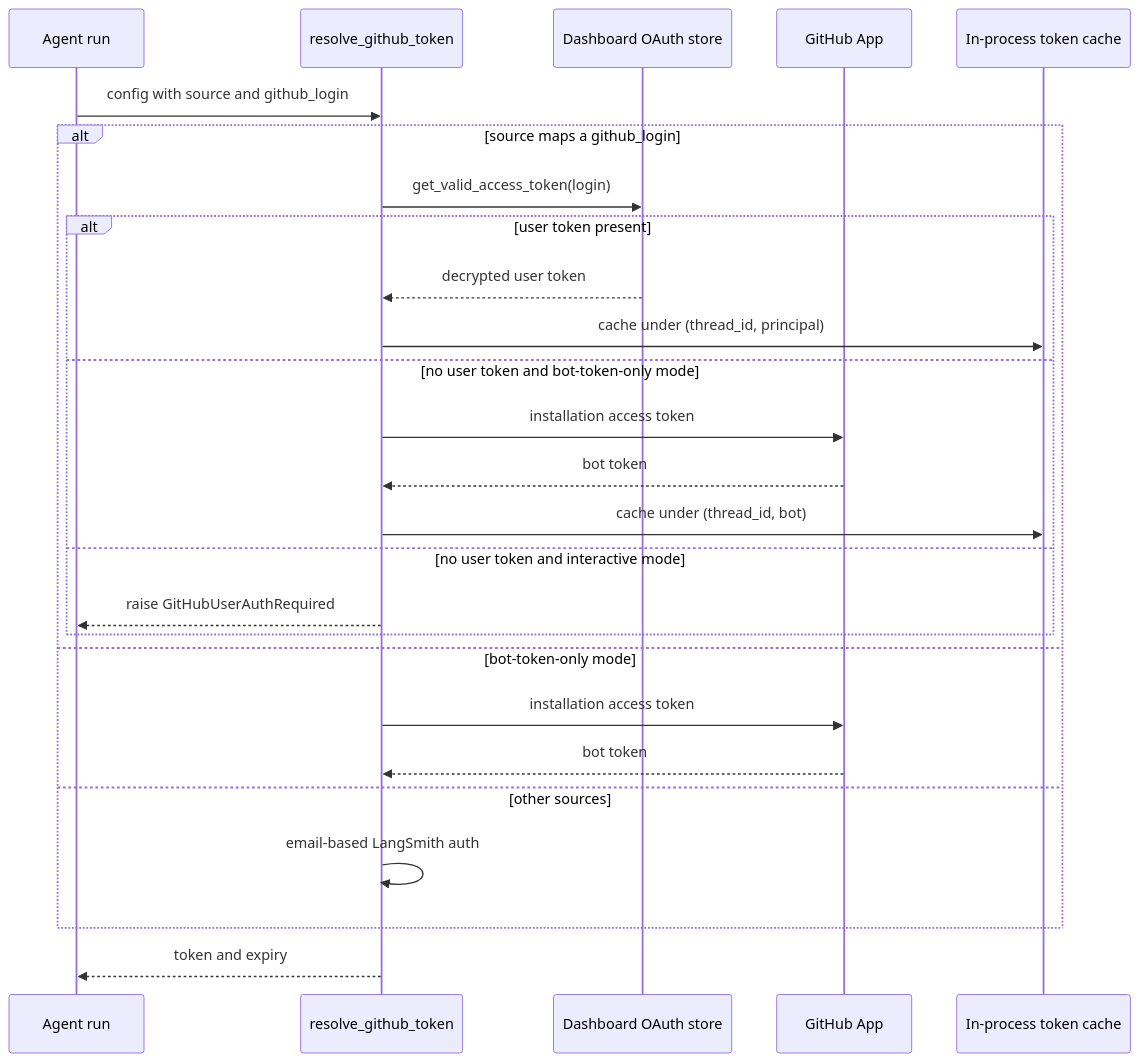
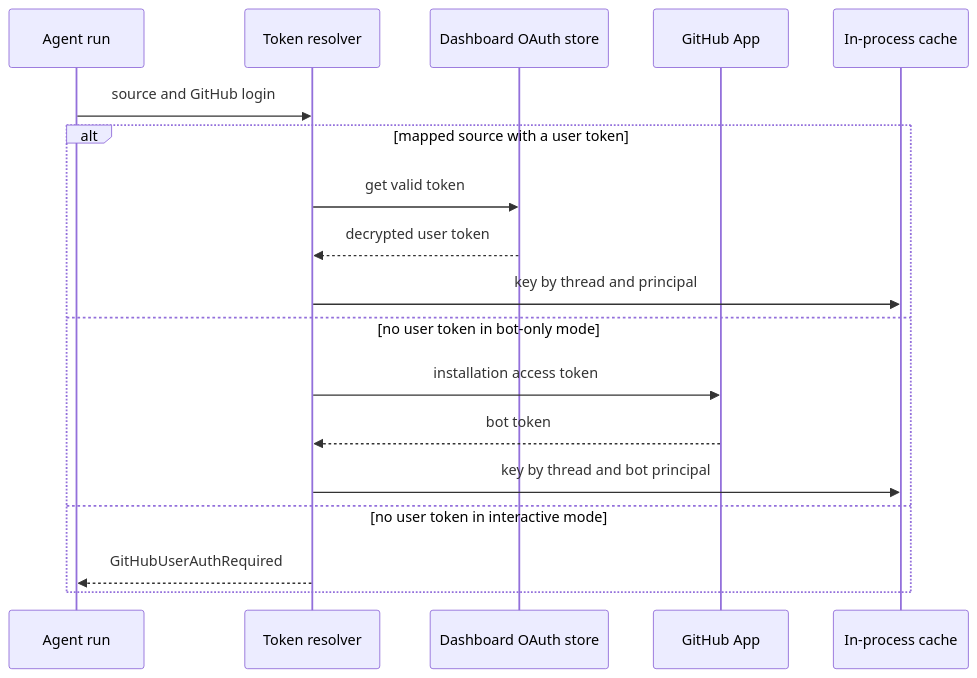
One commit to langchain-ai/open-swe changed the first of 2 diagrams in openwiki/concepts/auth-and-security.md. Above: the diagram before and after it, drawn with Mermaid. The commit also changed other lines of this file and 21 other files, not shown here.

````diff
--- a/openwiki/concepts/auth-and-security.md
+++ b/openwiki/concepts/auth-and-security.md
@@ -97,29 +81,21 @@
 ```mermaid
 sequenceDiagram
     participant Run as Agent run
-    participant Resolver as resolve_github_token
+    participant Resolver as Token resolver
     participant Store as Dashboard OAuth store
     participant App as GitHub App
-    participant Cache as In-process token cache
+    participant Cache as In-process cache
 
-    Run->>Resolver: config with source and github_login
-    alt source maps a github_login
-        Resolver->>Store: get_valid_access_token(login)
-        alt user token present
-            Store-->>Resolver: decrypted user token
-            Resolver->>Cache: cache under (thread_id, principal)
-        else no user token and bot-token-only mode
-            Resolver->>App: installation access token
-            App-->>Resolver: bot token
-            Resolver->>Cache: cache under (thread_id, bot)
-        else no user token and interactive mode
-            Resolver-->>Run: raise GitHubUserAuthRequired
-        end
-    else bot-token-only mode
+    Run->>Resolver: source and GitHub login
+    alt mapped source with a user token
+        Resolver->>Store: get valid token
+        Store-->>Resolver: decrypted user token
+        Resolver->>Cache: key by thread and principal
+    else no user token in bot-only mode
         Resolver->>App: installation access token
         App-->>Resolver: bot token
-    else other sources
-        Resolver->>Resolver: email-based LangSmith auth
+        Resolver->>Cache: key by thread and bot principal
+    else no user token in interactive mode
+        Resolver-->>Run: GitHubUserAuthRequired
     end
-    Resolver-->>Run: token and expiry
 ```
````
